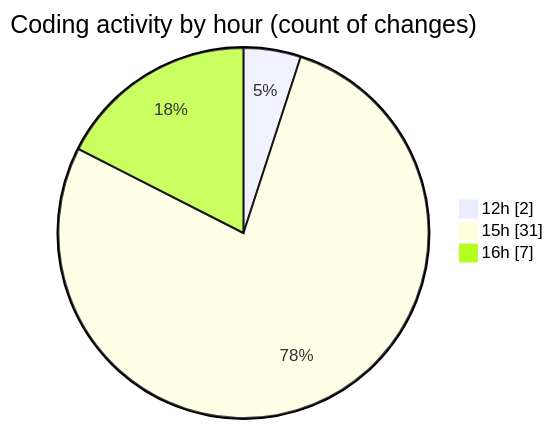
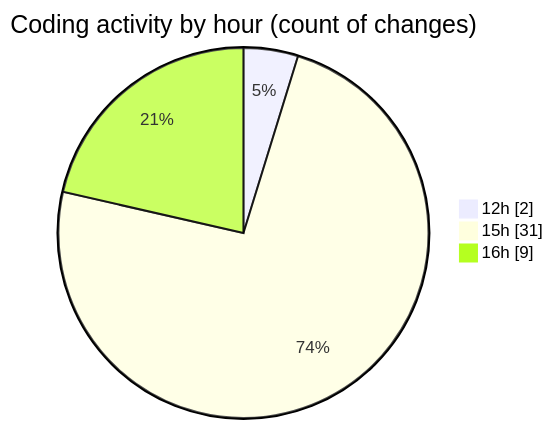
Before and after one commit to momahboobian/code-tracking: the second of 2 diagrams in 2025-02-26/cda/README.md, drawn with Mermaid. The commit also changed other lines of this file and 1 other file, not shown here.

````diff
--- a/2025-02-26/cda/README.md
+++ b/2025-02-26/cda/README.md
@@ -40,7 +40,7 @@
 ```mermaid
 pie showData
 title Coding activity by hour (count of changes)
 "12h" : 2
 "15h" : 31
-"16h" : 7
+"16h" : 9
 ```
````
